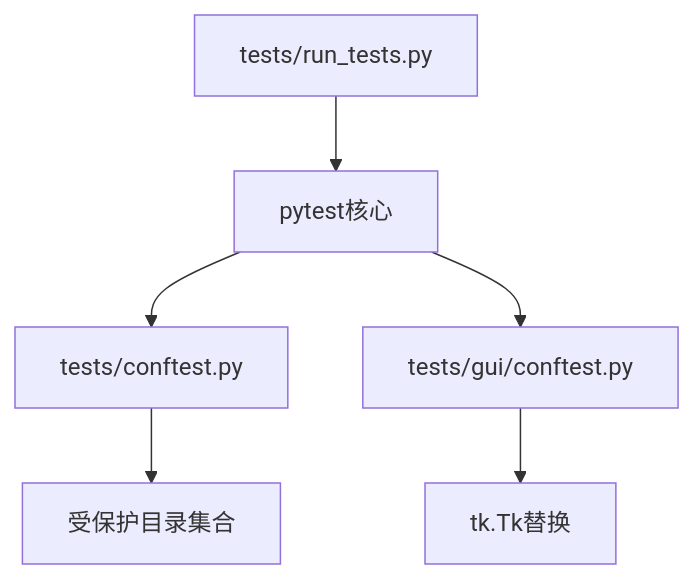
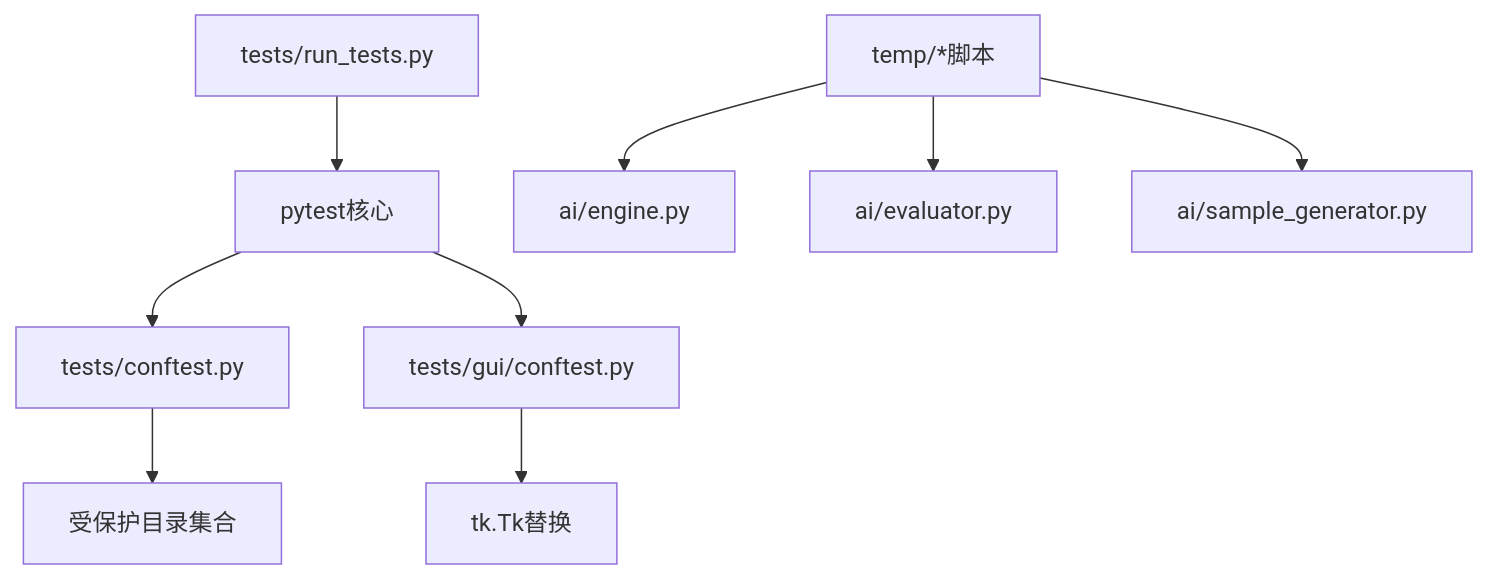
Before and after one commit to nanhao/gomoku: the ninth of 10 diagrams in .qoder/repowiki/zh/content/测试文档/测试自动化.md, drawn with Mermaid. The commit also changed other lines of this file and 11 other files, not shown here.

````diff
--- a/.qoder/repowiki/zh/content/测试文档/测试自动化.md
+++ b/.qoder/repowiki/zh/content/测试文档/测试自动化.md
@@ -297,8 +357,11 @@
 ```mermaid
 graph TB
 Pytest["pytest核心"] --> Conftest["tests/conftest.py"]
 Pytest --> GuiConftest["tests/gui/conftest.py"]
 RunTests["tests/run_tests.py"] --> Pytest
 Conftest --> ProtectedDirs["受保护目录集合"]
 GuiConftest --> TkReplace["tk.Tk替换"]
+TempScripts["temp/*脚本"] --> AIEngine["ai/engine.py"]
+TempScripts --> AIEvaluator["ai/evaluator.py"]
+TempScripts --> AISampleGen["ai/sample_generator.py"]
 ```
````
